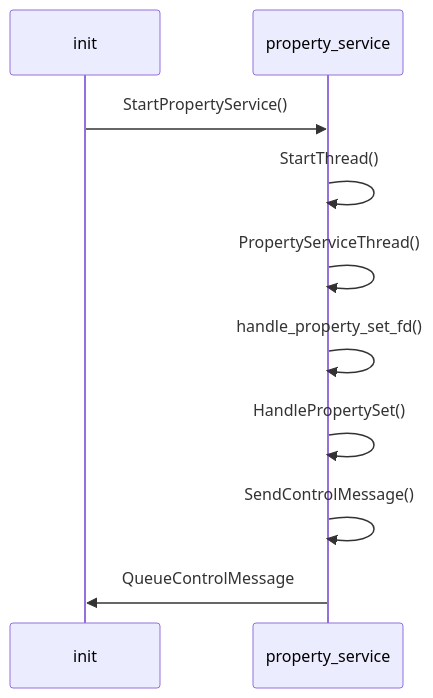
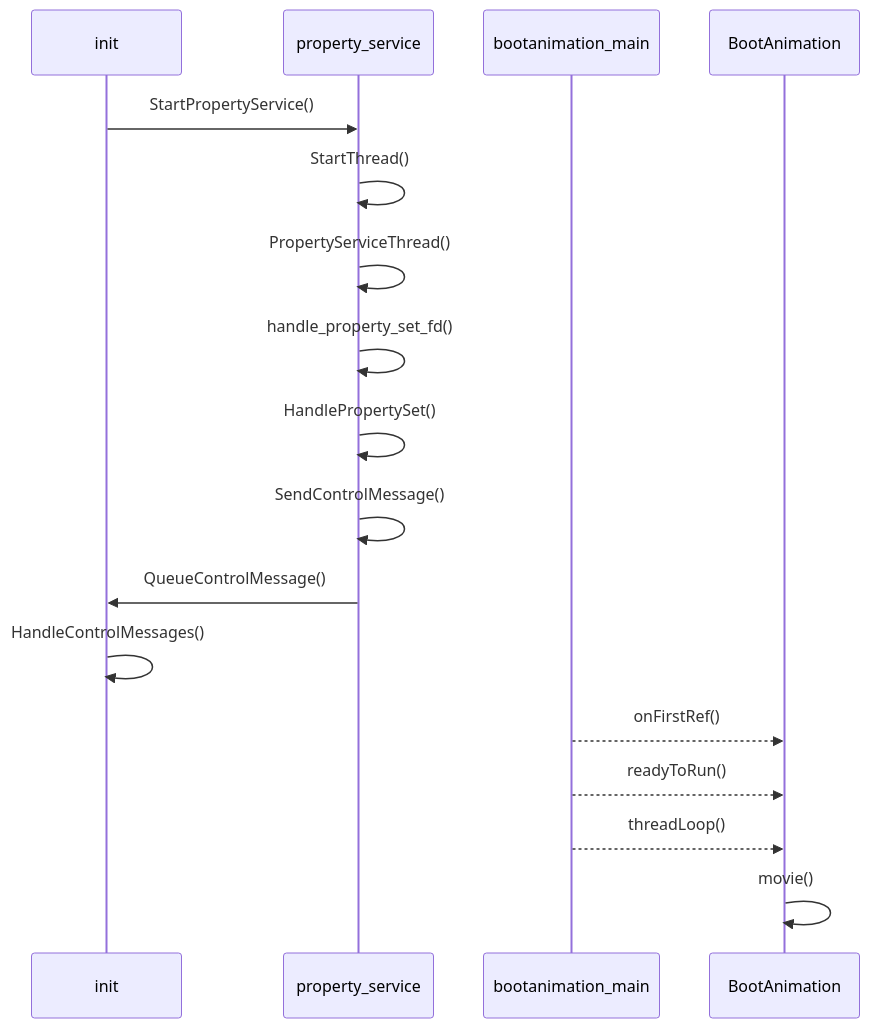
Before and after one commit to rangerzhou/rangerzhou.github.io: the diagram in source/_posts/Android/AndroidDevelop_030_BootAnimation.md, drawn with Mermaid. The commit also changed other lines of this file, not shown here.

````diff
--- a/source/_posts/Android/AndroidDevelop_030_BootAnimation.md
+++ b/source/_posts/Android/AndroidDevelop_030_BootAnimation.md
@@ -295,10 +463,15 @@
 ``` mermaid
 sequenceDiagram
 init ->> property_service:StartPropertyService()
 property_service ->> property_service:StartThread()
 property_service ->> property_service:PropertyServiceThread()
 property_service ->> property_service:handle_property_set_fd()
 property_service ->> property_service:HandlePropertySet()
 property_service ->> property_service:SendControlMessage()
-property_service ->> init:QueueControlMessage
+property_service ->> init:QueueControlMessage()
+init ->> init:HandleControlMessages()
+bootanimation_main -->> BootAnimation:onFirstRef()
+bootanimation_main -->> BootAnimation:readyToRun()
+bootanimation_main -->> BootAnimation:threadLoop()
+BootAnimation ->> BootAnimation:movie()
 ```
````
